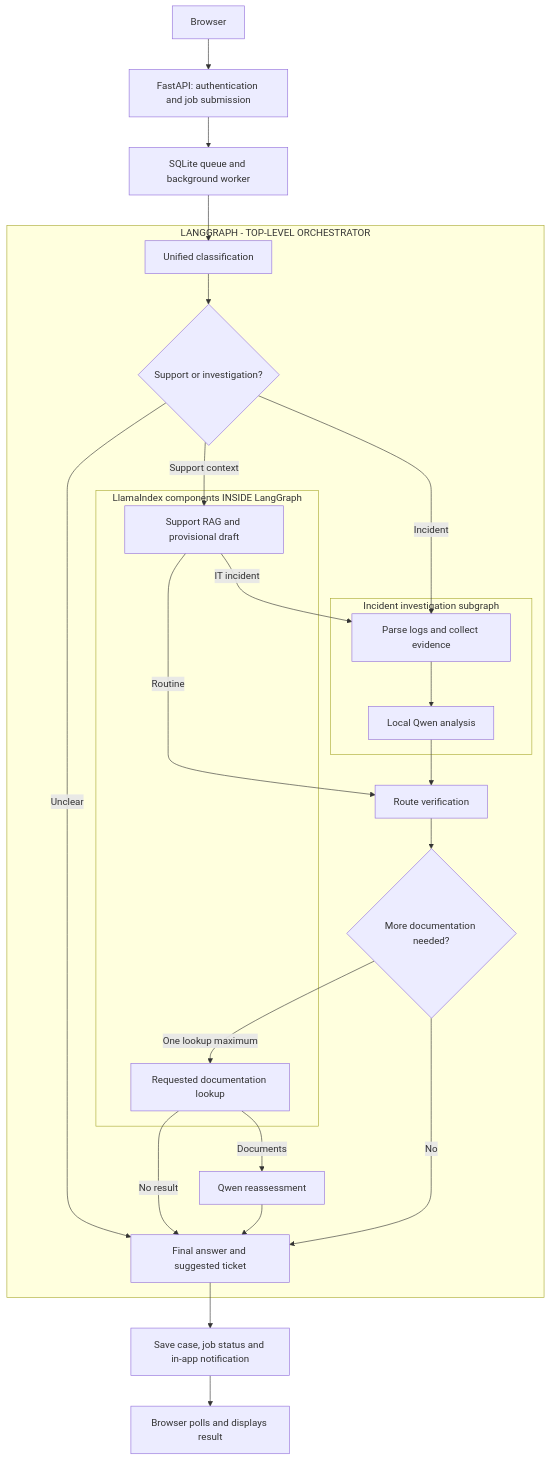
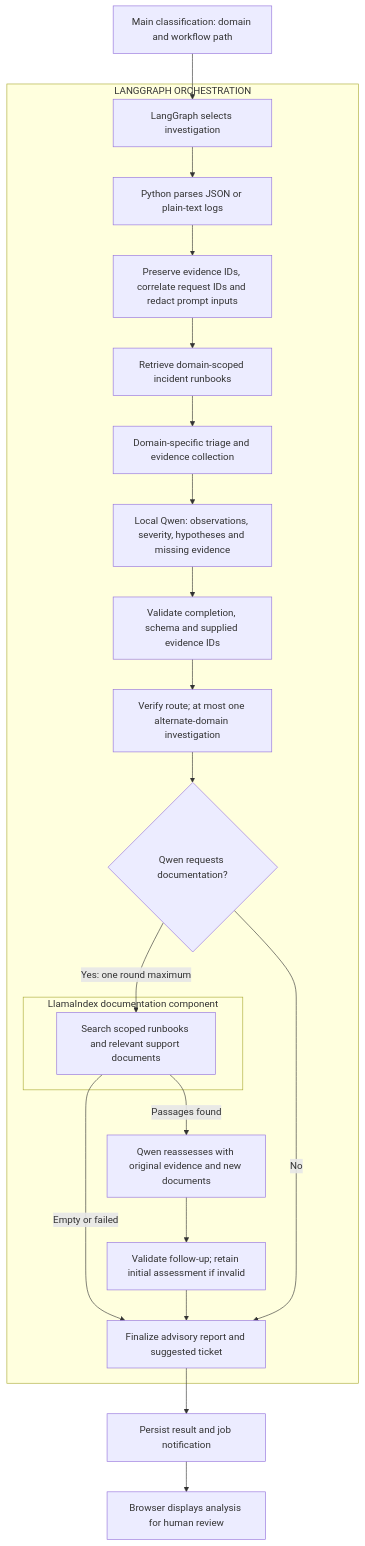
The second of 2 diagrams in README.md (swathiblrs/Agentic-RAG-Support-Automation-Platform), drawn with Mermaid before and after one commit. The commit also changed other lines of this file and 6 other files, not shown here.

Commit message:
Classify before LangGraph and split component flowcharts

````diff
--- a/README.md
+++ b/README.md
@@ -11,38 +45,25 @@
 ```mermaid
 flowchart TD
-    User["Browser"] --> API["FastAPI: authentication and job submission"]
-    API --> Worker["SQLite queue and background worker"]
-    subgraph Parent["LANGGRAPH - TOP-LEVEL ORCHESTRATOR"]
-        Intake["Unified classification"]
-        Choice{"Support or investigation?"}
-        subgraph LlamaIndex["LlamaIndex components INSIDE LangGraph"]
-            Support["Support RAG and provisional draft"]
-            Docs["Requested documentation lookup"]
+    Classified["Main classification: domain and workflow path"] --> Select["LangGraph selects investigation"]
+    subgraph ParentIncident["LANGGRAPH ORCHESTRATION"]
+        Select --> Parse["Python parses JSON or plain-text logs"]
+        Parse --> Evidence["Preserve evidence IDs, correlate request IDs and redact prompt inputs"]
+        Evidence --> Runbooks["Retrieve domain-scoped incident runbooks"]
+        Runbooks --> Domain["Domain-specific triage and evidence collection"]
+        Domain --> Qwen["Local Qwen: observations, severity, hypotheses and missing evidence"]
+        Qwen --> Validate["Validate completion, schema and supplied evidence IDs"]
+        Validate --> Verify["Verify route; at most one alternate-domain investigation"]
+        Verify --> Gap{"Qwen requests documentation?"}
+        subgraph LI["LlamaIndex documentation component"]
+            Lookup["Search scoped runbooks and relevant support documents"]
         end
-        subgraph Investigation["Incident investigation subgraph"]
-            Incident["Parse logs and collect evidence"]
-            Qwen["Local Qwen analysis"]
-            Incident --> Qwen
-        end
-        Verify["Route verification"]
-        Gap{"More documentation needed?"}
-        Reassess["Qwen reassessment"]
-        Final["Final answer and suggested ticket"]
-        Intake --> Choice
-        Choice -->|"Support context"| Support
-        Choice -->|"Incident"| Incident
-        Choice -->|"Unclear"| Final
-        Support -->|"Routine"| Verify
-        Support -->|"IT incident"| Incident
-        Qwen --> Verify
-        Verify --> Gap
-        Gap -->|"One lookup maximum"| Docs
-        Docs -->|"Documents"| Reassess
-        Docs -->|"No result"| Final
-        Reassess --> Final
+        Gap -->|"Yes: one round maximum"| Lookup
+        Lookup -->|"Passages found"| Refine["Qwen reassesses with original evidence and new documents"]
+        Lookup -->|"Empty or failed"| Final["Finalize advisory report and suggested ticket"]
+        Refine --> Check["Validate follow-up; retain initial assessment if invalid"]
+        Check --> Final
         Gap -->|"No"| Final
     end
-    Worker --> Intake
-    Final --> Saved["Save case, job status and in-app notification"]
-    Saved --> Display["Browser polls and displays result"]
+    Final --> Saved["Persist result and job notification"]
+    Saved --> Browser["Browser displays analysis for human review"]
 ```
````
